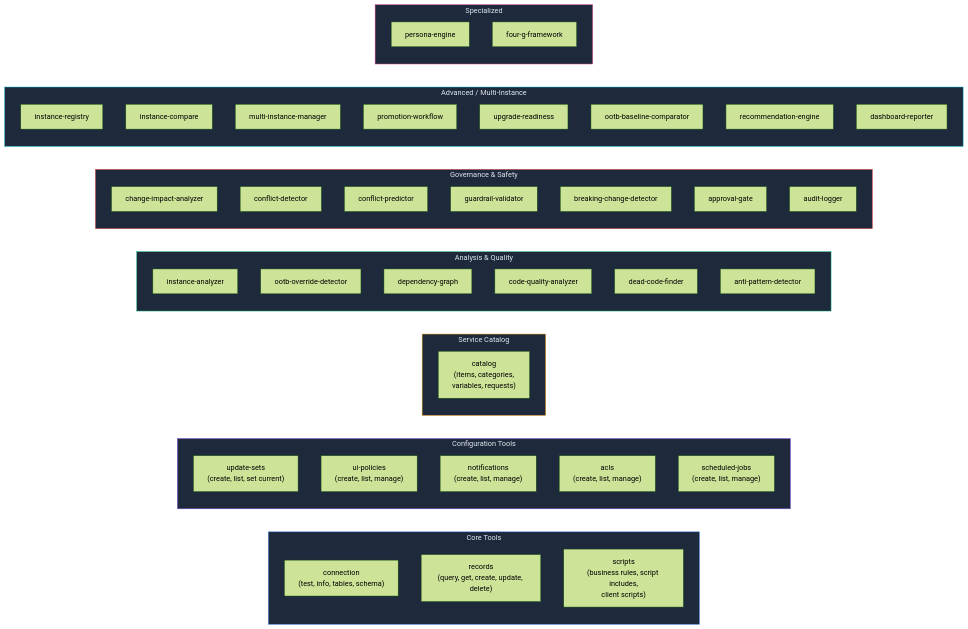
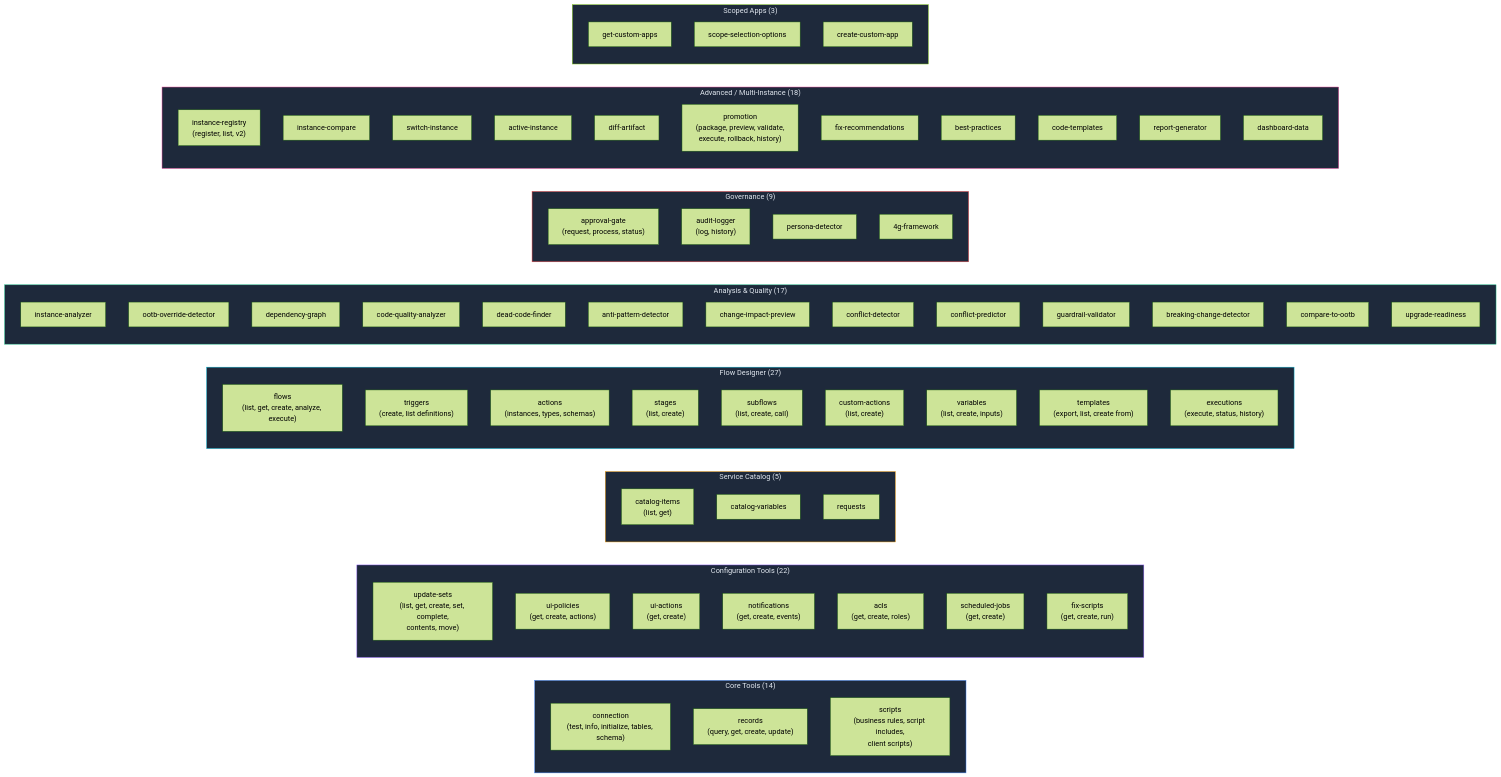
The sixth of 13 diagrams in docs/architecture.md (rtnsht/SN-AI-Dev-Agent), drawn with Mermaid (forest theme) before and after one commit. The commit also changed other lines of this file and 19 other files, not shown here.

First line of the commit message:
feat: OpenRouter multi-provider, Flow Designer scope fix, UI/UX improvements

````diff
--- a/docs/architecture.md
+++ b/docs/architecture.md
@@ -291,63 +304,88 @@
 ```mermaid
 graph LR
-    subgraph CORE["Core Tools"]
-        C1["connection<br/>(test, info, tables, schema)"]
-        C2["records<br/>(query, get, create, update, delete)"]
+    subgraph CORE["Core Tools (14)"]
+        C1["connection<br/>(test, info, initialize, tables, schema)"]
+        C2["records<br/>(query, get, create, update)"]
         C3["scripts<br/>(business rules, script includes,<br/>client scripts)"]
     end
 
-    subgraph CONFIG["Configuration Tools"]
-        CF1["update-sets<br/>(create, list, set current)"]
-        CF2["ui-policies<br/>(create, list, manage)"]
-        CF3["notifications<br/>(create, list, manage)"]
-        CF4["acls<br/>(create, list, manage)"]
-        CF5["scheduled-jobs<br/>(create, list, manage)"]
+    subgraph CONFIG["Configuration Tools (22)"]
+        CF1["update-sets<br/>(list, get, create, set, complete,<br/>contents, move)"]
+        CF2["ui-policies<br/>(get, create, actions)"]
+        CF3["ui-actions<br/>(get, create)"]
+        CF4["notifications<br/>(get, create, events)"]
+        CF5["acls<br/>(get, create, roles)"]
+        CF6["scheduled-jobs<br/>(get, create)"]
+        CF7["fix-scripts<br/>(get, create, run)"]
     end
 
-    subgraph CATALOG["Service Catalog"]
-        CA1["catalog<br/>(items, categories,<br/>variables, requests)"]
+    subgraph CATALOG["Service Catalog (5)"]
+        CA1["catalog-items<br/>(list, get)"]
+        CA2["catalog-variables"]
+        CA3["requests"]
     end
 
-    subgraph ANALYSIS["Analysis & Quality"]
+    subgraph FLOWS["Flow Designer (27)"]
+        F1["flows<br/>(list, get, create, analyze, execute)"]
+        F2["triggers<br/>(create, list definitions)"]
+        F3["actions<br/>(instances, types, schemas)"]
+        F4["stages<br/>(list, create)"]
+        F5["subflows<br/>(list, create, call)"]
+        F6["custom-actions<br/>(list, create)"]
+        F7["variables<br/>(list, create, inputs)"]
+        F8["templates<br/>(export, list, create from)"]
+        F9["executions<br/>(execute, status, history)"]
+    end
+
+    subgraph ANALYSIS["Analysis & Quality (17)"]
         A1["instance-analyzer"]
         A2["ootb-override-detector"]
         A3["dependency-graph"]
         A4["code-quality-analyzer"]
         A5["dead-code-finder"]
         A6["anti-pattern-detector"]
+        A7["change-impact-preview"]
+        A8["conflict-detector"]
+        A9["conflict-predictor"]
+        A10["guardrail-validator"]
+        A11["breaking-change-detector"]
+        A12["compare-to-ootb"]
+        A13["upgrade-readiness"]
     end
 
-    subgraph GOVERNANCE["Governance & Safety"]
-        G1["change-impact-analyzer"]
-        G2["conflict-detector"]
-        G3["conflict-predictor"]
-        G4["guardrail-validator"]
-        G5["breaking-change-detector"]
-        G6["approval-gate"]
-        G7["audit-logger"]
+    subgraph GOVERNANCE["Governance (9)"]
+        G1["approval-gate<br/>(request, process, status)"]
+        G2["audit-logger<br/>(log, history)"]
+        G3["persona-detector"]
+        G4["4g-framework"]
     end
 
-    subgraph ADVANCED["Advanced / Multi-Instance"]
-        AD1["instance-registry"]
+    subgraph ADVANCED["Advanced / Multi-Instance (18)"]
+        AD1["instance-registry<br/>(register, list, v2)"]
         AD2["instance-compare"]
-        AD3["multi-instance-manager"]
-        AD4["promotion-workflow"]
-        AD5["upgrade-readiness"]
-        AD6["ootb-baseline-comparator"]
-        AD7["recommendation-engine"]
-        AD8["dashboard-reporter"]
+        AD3["switch-instance"]
+        AD4["active-instance"]
+        AD5["diff-artifact"]
+        AD6["promotion<br/>(package, preview, validate,<br/>execute, rollback, history)"]
+        AD7["fix-recommendations"]
+        AD8["best-practices"]
+        AD9["code-templates"]
+        AD10["report-generator"]
+        AD11["dashboard-data"]
     end
 
-    subgraph SPECIAL["Specialized"]
-        S1["persona-engine"]
-        S2["four-g-framework"]
+    subgraph SCOPED["Scoped Apps (3)"]
+        S1["get-custom-apps"]
+        S2["scope-selection-options"]
+        S3["create-custom-app"]
     end
 
     style CORE fill:#1e293b,stroke:#3b82f6,color:#e2e8f0
     style CONFIG fill:#1e293b,stroke:#8b5cf6,color:#e2e8f0
     style CATALOG fill:#1e293b,stroke:#f59e0b,color:#e2e8f0
+    style FLOWS fill:#1e293b,stroke:#06b6d4,color:#e2e8f0
     style ANALYSIS fill:#1e293b,stroke:#10b981,color:#e2e8f0
     style GOVERNANCE fill:#1e293b,stroke:#ef4444,color:#e2e8f0
-    style ADVANCED fill:#1e293b,stroke:#06b6d4,color:#e2e8f0
-    style SPECIAL fill:#1e293b,stroke:#ec4899,color:#e2e8f0
+    style ADVANCED fill:#1e293b,stroke:#ec4899,color:#e2e8f0
+    style SCOPED fill:#1e293b,stroke:#84cc16,color:#e2e8f0
 ```
````
